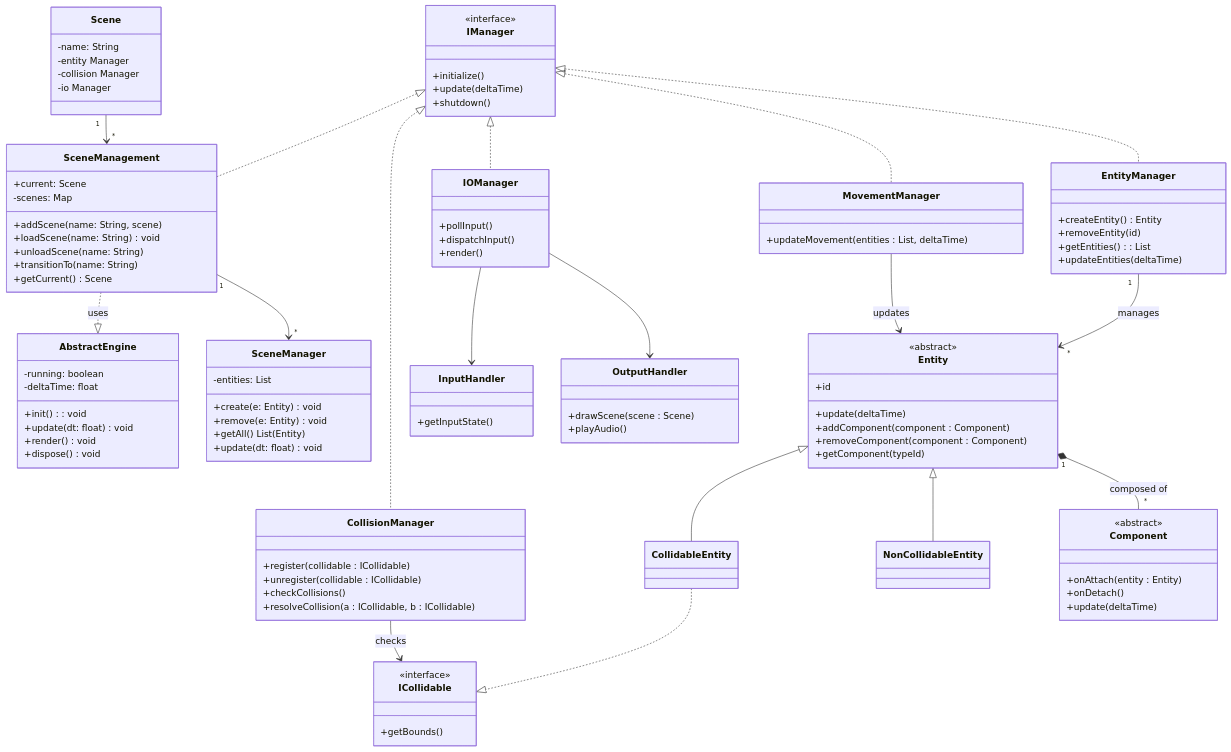
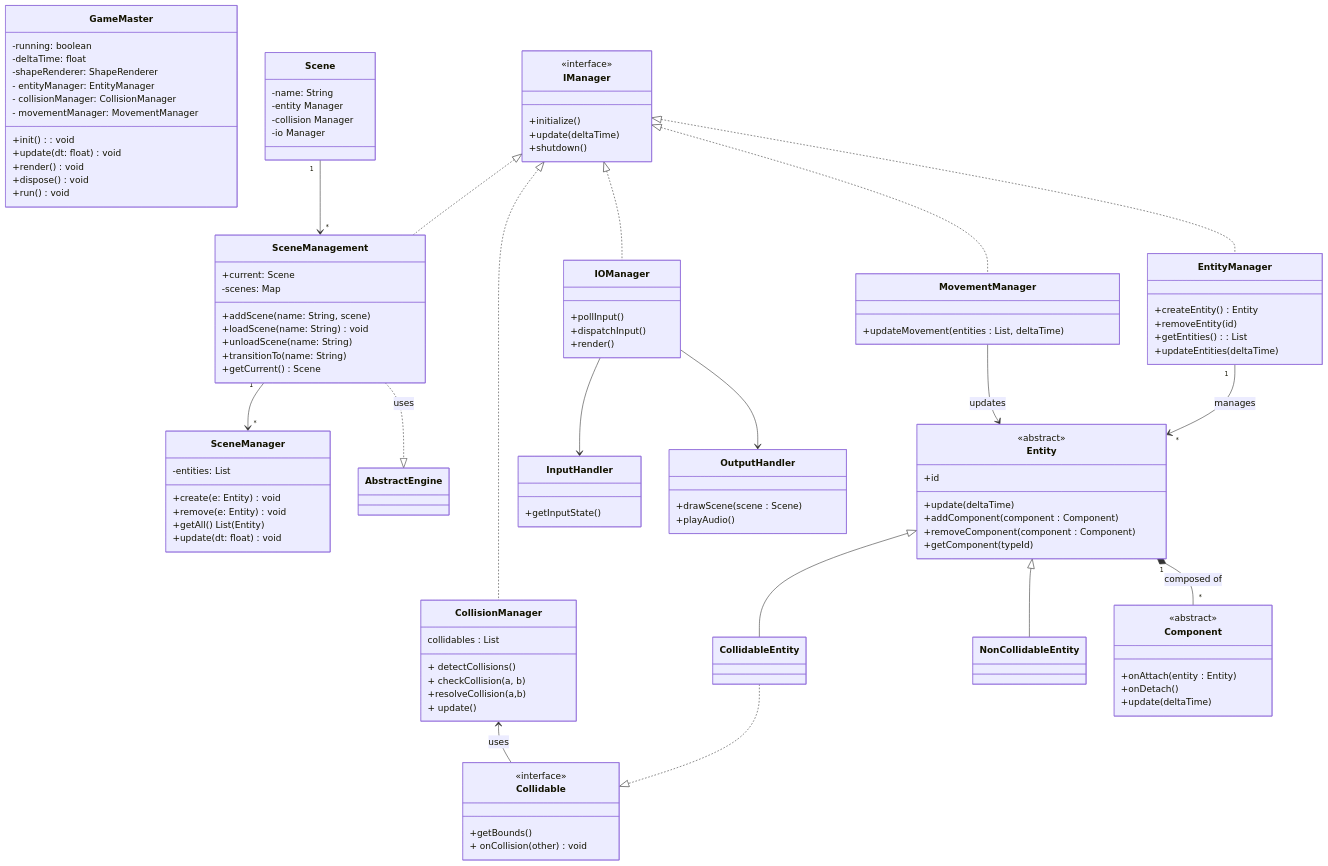
One commit to limxinchian/OOP-UML changed the diagram in classDiagram.mmd. Above: the diagram before and after it, drawn with Mermaid.

Commit message:
updated Collison Manager for UML diagram

```diff
--- a/classDiagram.mmd
+++ b/classDiagram.mmd
@@ -1,142 +1,151 @@
 classDiagram
     %% ============================
     %% Core Engine
     %% ============================
-    class AbstractEngine {
+    class GameMaster {
         -running: boolean
         -deltaTime: float
+        -shapeRenderer: ShapeRenderer
+        - entityManager: EntityManager         
+        - collisionManager: CollisionManager   
+        - movementManager: MovementManager
+
         +init(): void
         +update(dt: float) void
         +render() void
         +dispose() void
+        +run() void
     }
 
     class IManager {
         <<interface>>
         +initialize()
         +update(deltaTime)
         +shutdown()
     }
 
     IManager <|.. SceneManagement
     IManager <|.. EntityManager
     IManager <|.. CollisionManager
     IManager <|.. MovementManager
     IManager <|.. IOManager
 
     %% ============================
     %% Scene Management
     %% ============================
     class SceneManagement {
         +current: Scene
         -scenes: Map<String, Scene>
         +addScene(name: String, scene)
         +loadScene(name: String) void
         +unloadScene(name: String)
         +transitionTo(name: String)
         +getCurrent() Scene
     }
 
     class SceneManager {
         -entities: List<Entity>
         +create(e: Entity) void
         +remove(e: Entity) void
         +getAll() List(Entity)
         +update(dt: float) void
     }
 
     class Scene {
         -name: String
         -entity Manager
         -collision Manager
         -io Manager
     }
 
     SceneManagement "1" --> "*" SceneManager
     Scene "1" --> "*" SceneManagement
     SceneManagement ..|> AbstractEngine: uses
 
     %% ============================
     %% Entity & Component Model
     %% ============================
     class EntityManager {
         +createEntity() Entity
         +removeEntity(id)
         +getEntities() : List
         +updateEntities(deltaTime)
     }
 
     class Entity {
         <<abstract>>
         +id
         +update(deltaTime)
         +addComponent(component : Component)
         +removeComponent(component : Component)
         +getComponent(typeId)
     }
 
     EntityManager "1" --> "*" Entity : manages
 
     class CollidableEntity
     class NonCollidableEntity
 
     Entity <|-- CollidableEntity
     Entity <|-- NonCollidableEntity
 
     class Component {
         <<abstract>>
         +onAttach(entity : Entity)
         +onDetach()
         +update(deltaTime)
     }
 
     Entity "1" *-- "*" Component : composed of
 
     %% ============================
     %% Collision Management
     %% ============================
-    class ICollidable {
+
+
+    CollidableEntity ..|> Collidable
+
+    class CollisionManager {
+        collidables : List
+        + detectCollisions()
+        + checkCollision(a, b)
+        +resolveCollision(a,b)
+        + update()
+    }
+
+    class Collidable {
         <<interface>>
         +getBounds()
+        + onCollision(other) void
     }
 
-    CollidableEntity ..|> ICollidable
-
-    class CollisionManager {
-        +register(collidable : ICollidable)
-        +unregister(collidable : ICollidable)
-        +checkCollisions()
-        +resolveCollision(a : ICollidable, b : ICollidable)
-    }
-
-    CollisionManager --> ICollidable : checks
-
+    CollisionManager <-- Collidable :uses
     %% ============================
     %% Movement Management
     %% ============================
     class MovementManager {
         +updateMovement(entities : List, deltaTime)
     }
 
     MovementManager --> Entity : updates
 
     %% ============================
     %% Input / Output Management
     %% ============================
     class IOManager {
         +pollInput()
         +dispatchInput()
         +render()
     }
 
     class InputHandler {
         +getInputState()
     }
 
     class OutputHandler {
         +drawScene(scene : Scene)
         +playAudio()
     }
 
     IOManager --> InputHandler
     IOManager --> OutputHandler
```
